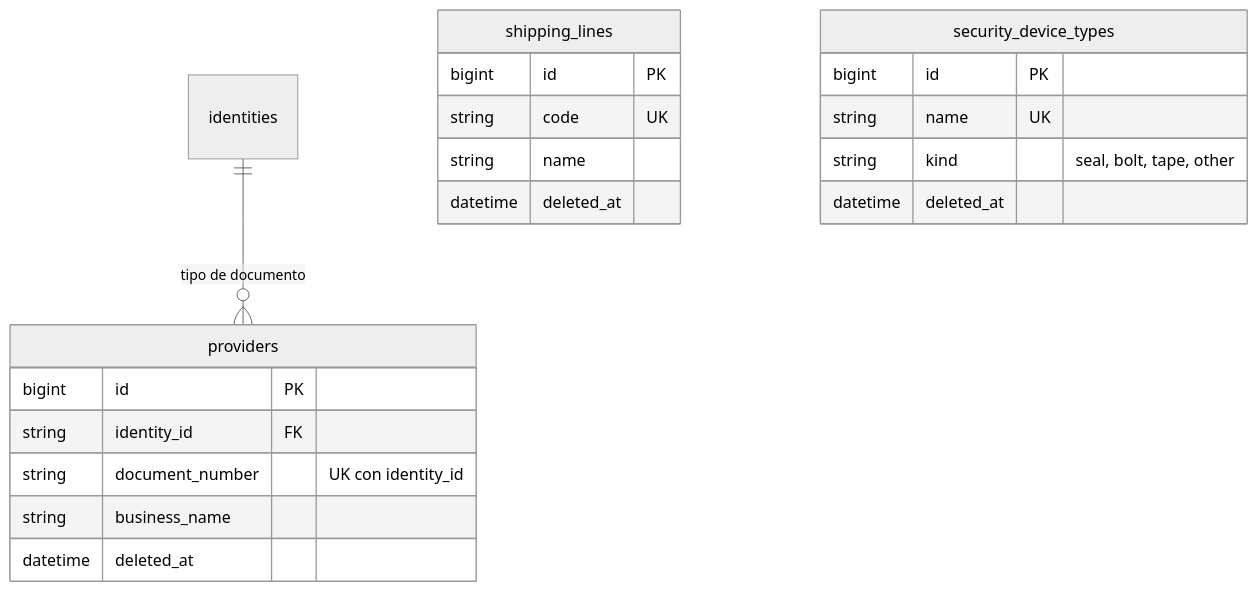
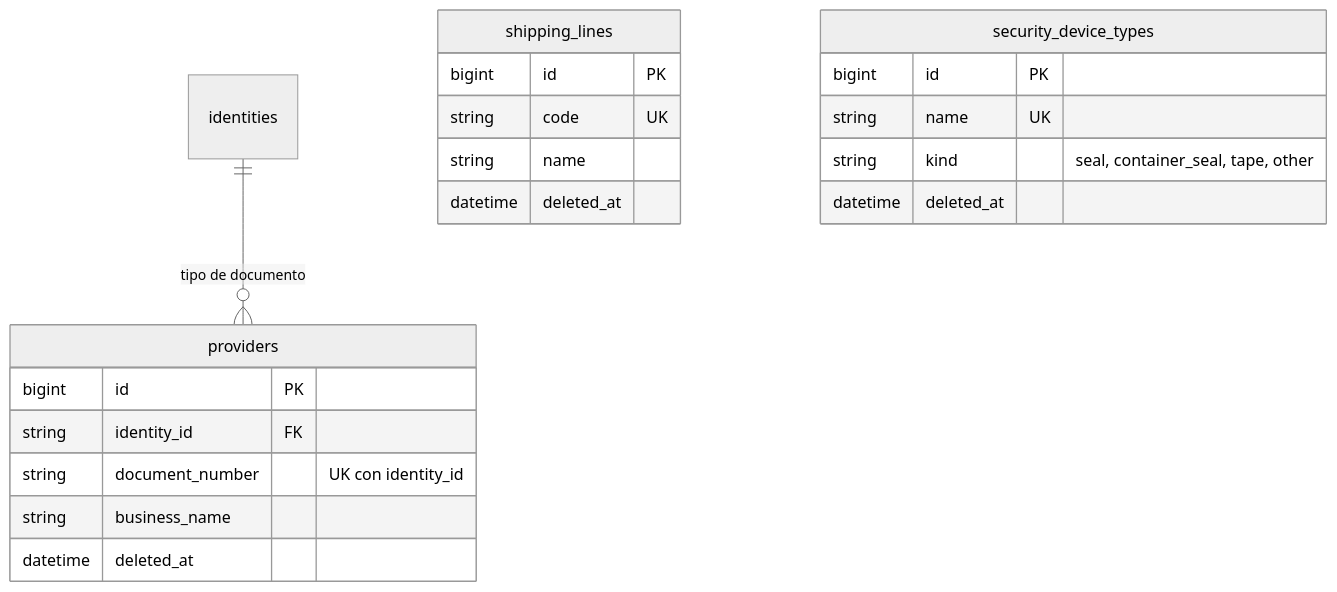
Before and after one commit to Cerati1998/SIGLA-TOS: the second of 2 diagrams in docs/database.md, drawn with Mermaid (neutral theme). The commit also changed other lines of this file and 2 other files, not shown here.

````diff
--- a/docs/database.md
+++ b/docs/database.md
@@ -100,24 +100,24 @@
 ```mermaid
 erDiagram
   identities ||--o{ providers : "tipo de documento"
 
   shipping_lines {
     bigint id PK
     string code UK
     string name
     datetime deleted_at
   }
   providers {
     bigint id PK
     string identity_id FK
     string document_number "UK con identity_id"
     string business_name
     datetime deleted_at
   }
   security_device_types {
     bigint id PK
     string name UK
-    string kind "seal, bolt, tape, other"
+    string kind "seal, container_seal, tape, other"
     datetime deleted_at
   }
 ```
````
